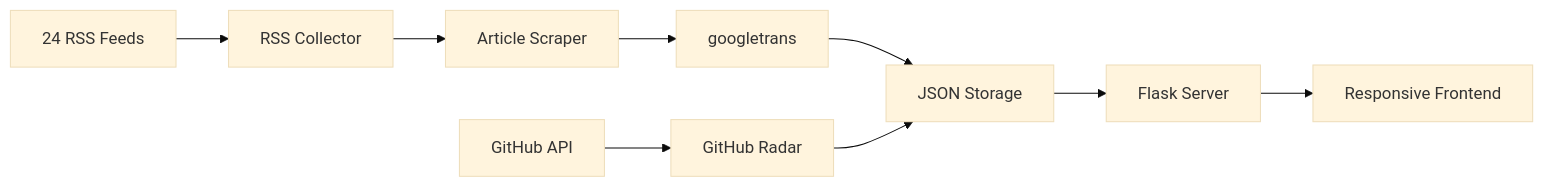
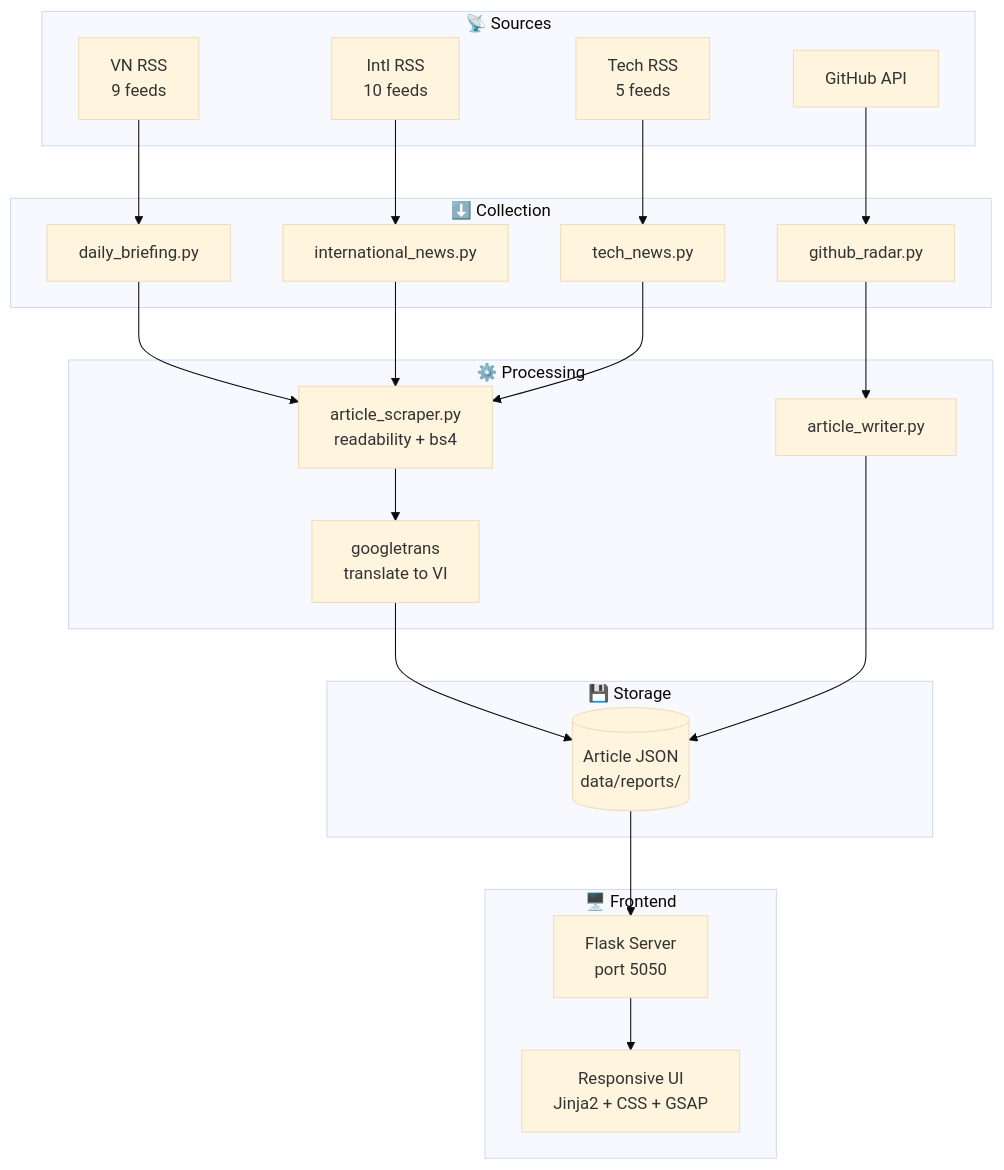
One commit to Chillalot/the-agent-times changed the diagram in README.md. Above: the diagram before and after it, drawn with Mermaid (base theme). The commit also changed other lines of this file and 2 other files, not shown here.

First line of the commit message:
📝 README v2: GIF demo, dark screenshot, highlights, FAQ, tech stack, example article

````diff
--- a/README.md
+++ b/README.md
@@ -59,11 +94,45 @@
 ```mermaid
-graph LR
-    RSS[24 RSS Feeds] --> COLLECTOR[RSS Collector]
-    COLLECTOR --> SCRAPER[Article Scraper]
-    SCRAPER --> TRANSLATOR[googletrans]
-    TRANSLATOR --> JSON[JSON Storage]
-    JSON --> FLASK[Flask Server]
-    FLASK --> UI[Responsive Frontend]
-    GITHUB[GitHub API] --> GH_SCRAPER[GitHub Radar]
-    GH_SCRAPER --> JSON
+graph TD
+    subgraph Sources["📡 Sources"]
+        RSS_VN[VN RSS<br/>9 feeds]
+        RSS_INTL[Intl RSS<br/>10 feeds]
+        RSS_TECH[Tech RSS<br/>5 feeds]
+        GITHUB[GitHub API]
+    end
+
+    subgraph Collection["⬇️ Collection"]
+        DB[daily_briefing.py]
+        INTL[international_news.py]
+        TECH[tech_news.py]
+        GH[github_radar.py]
+    end
+
+    subgraph Processing["⚙️ Processing"]
+        SCRAPER[article_scraper.py<br/>readability + bs4]
+        TRANS[googletrans<br/>translate to VI]
+        WRITER[article_writer.py]
+    end
+
+    subgraph Storage["💾 Storage"]
+        JSON[(Article JSON<br/>data/reports/)]
+    end
+
+    subgraph Frontend["🖥️ Frontend"]
+        FLASK[Flask Server<br/>port 5050]
+        UI[Responsive UI<br/>Jinja2 + CSS + GSAP]
+    end
+
+    RSS_VN --> DB
+    RSS_INTL --> INTL
+    RSS_TECH --> TECH
+    GITHUB --> GH
+    DB --> SCRAPER
+    INTL --> SCRAPER
+    TECH --> SCRAPER
+    SCRAPER --> TRANS
+    TRANS --> JSON
+    GH --> WRITER
+    WRITER --> JSON
+    JSON --> FLASK
+    FLASK --> UI
 ```
````
